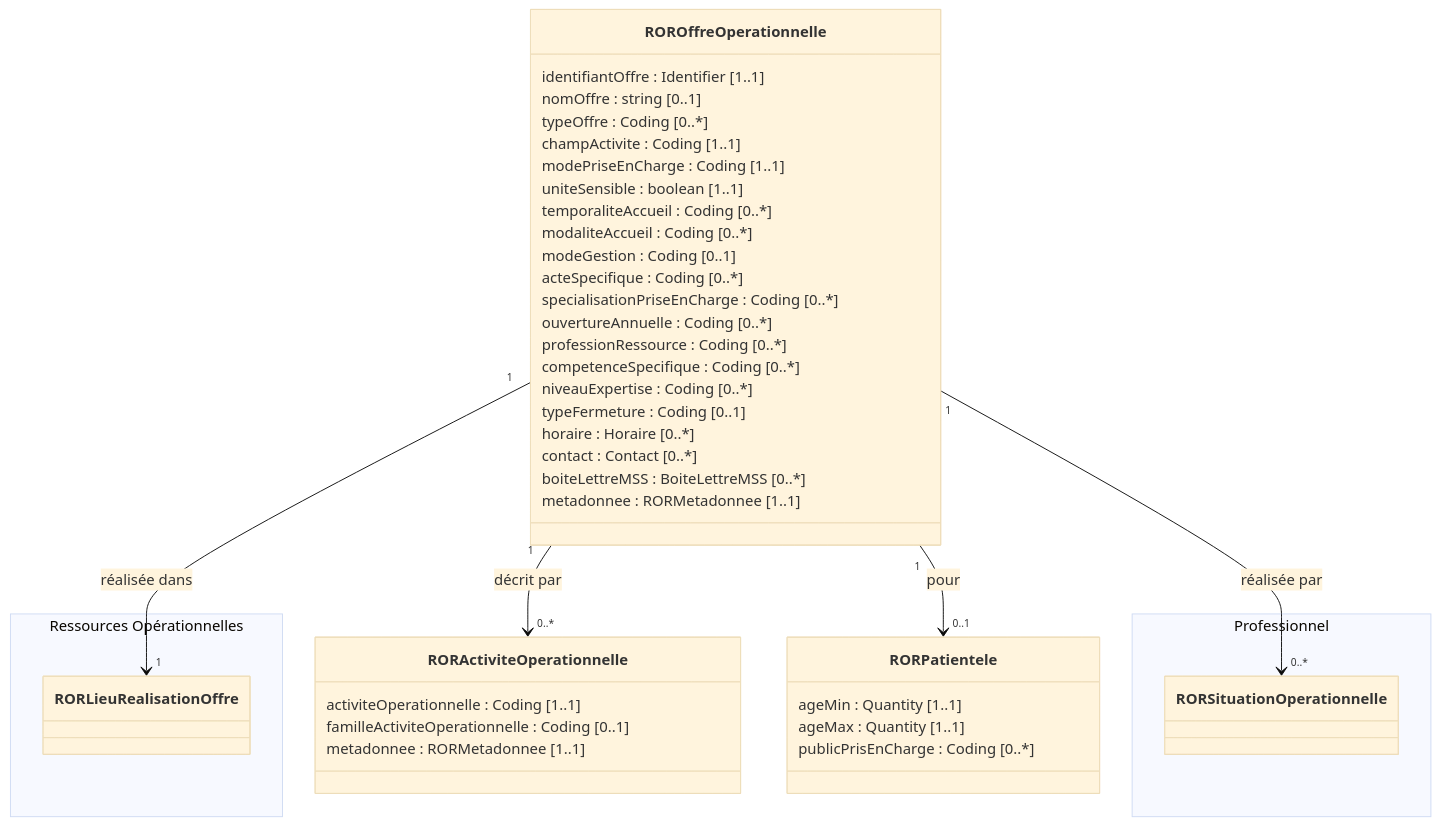
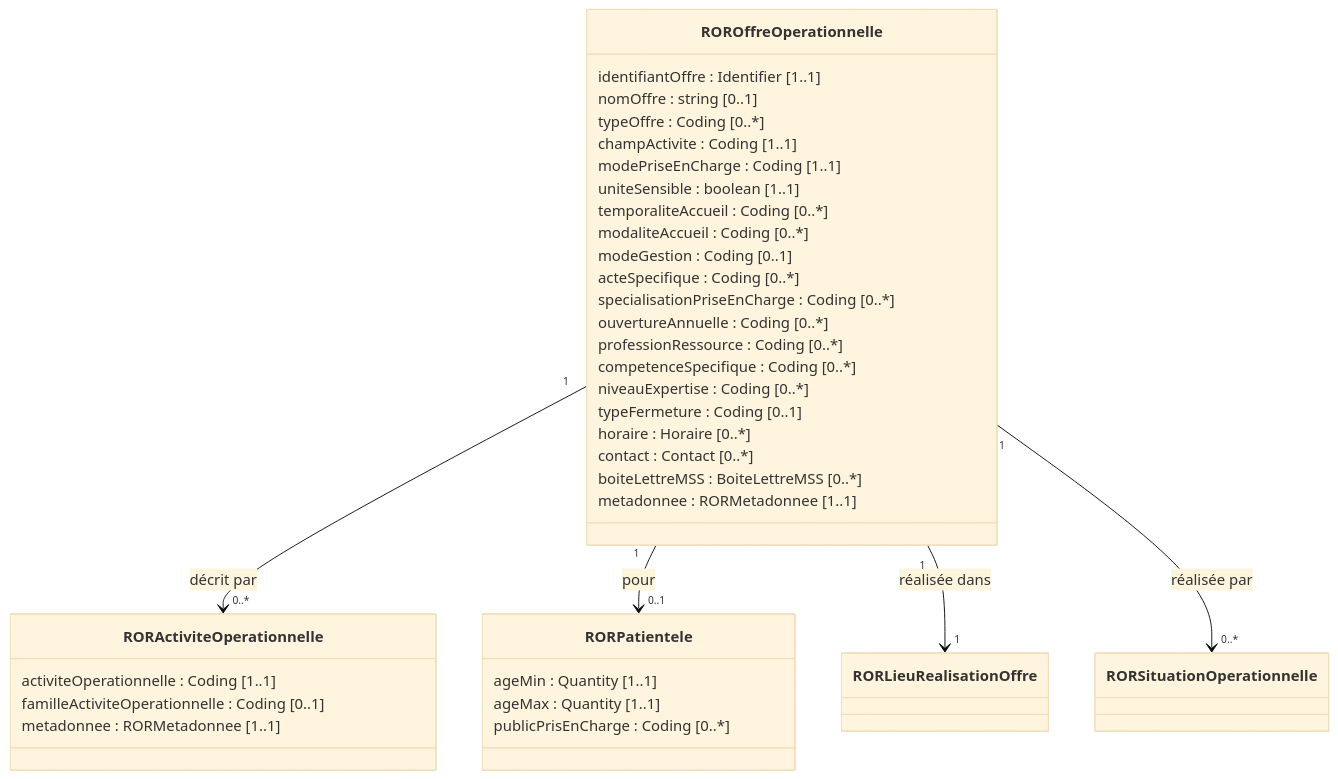
Before and after one commit to nriss/test-ml-ror: the diagram in input/pagecontent/offre-operationnelle.md, drawn with Mermaid (base theme). The commit also changed 5 other files, not shown here.

Commit message:
up mermaid

```diff
--- a/input/pagecontent/offre-operationnelle.md
+++ b/input/pagecontent/offre-operationnelle.md
@@ -16,55 +16,56 @@
 <div class="mermaid">
 classDiagram
     class Offre["ROROffreOperationnelle"] {
         identifiantOffre : Identifier [1..1]
         nomOffre : string [0..1]
         typeOffre : Coding [0..*]
         champActivite : Coding [1..1]
         modePriseEnCharge : Coding [1..1]
         uniteSensible : boolean [1..1]
         temporaliteAccueil : Coding [0..*]
         modaliteAccueil : Coding [0..*]
         modeGestion : Coding [0..1]
         acteSpecifique : Coding [0..*]
         specialisationPriseEnCharge : Coding [0..*]
         ouvertureAnnuelle : Coding [0..*]
         professionRessource : Coding [0..*]
         competenceSpecifique : Coding [0..*]
         niveauExpertise : Coding [0..*]
         typeFermeture : Coding [0..1]
         horaire : Horaire [0..*]
         contact : Contact [0..*]
         boiteLettreMSS : BoiteLettreMSS [0..*]
         metadonnee : RORMetadonnee [1..1]
     }
 
     class AO["RORActiviteOperationnelle"] {
         activiteOperationnelle : Coding [1..1]
         familleActiviteOperationnelle : Coding [0..1]
         metadonnee : RORMetadonnee [1..1]
     }
 
     class Pat["RORPatientele"] {
         ageMin : Quantity [1..1]
         ageMax : Quantity [1..1]
         publicPrisEnCharge : Coding [0..*]
     }
 
-    namespace RessourcesOperationnelles["Ressources Opérationnelles"] {
-        class Lieu["RORLieuRealisationOffre"]
-    }
-    namespace Professionnel["Professionnel"] {
-        class SitOp["RORSituationOperationnelle"]
-    }
+    class Lieu["RORLieuRealisationOffre"]
+    class SitOp["RORSituationOperationnelle"]
 
     Offre "1" --> "0..*" AO : décrit par
     Offre "1" --> "0..1" Pat : pour
     Offre "1" --> "1" Lieu : réalisée dans
     Offre "1" --> "0..*" SitOp : réalisée par
 
     click Offre href "StructureDefinition-ror-offre-operationnelle.html" "ROROffreOperationnelle"
     click AO href "StructureDefinition-ror-activite-operationnelle.html" "RORActiviteOperationnelle"
     click Pat href "StructureDefinition-ror-patientele.html" "RORPatientele"
     click Lieu href "StructureDefinition-ror-lieu-realisation-offre.html" "RORLieuRealisationOffre"
     click SitOp href "StructureDefinition-ror-situation-operationnelle.html" "RORSituationOperationnelle"
+
+    classDef externalRef fill:#E3F2FD
+    classDef externalRef stroke:#1976D2
+    classDef externalRef color:#333
+    cssClass "Lieu,SitOp" externalRef
 </div>
```
